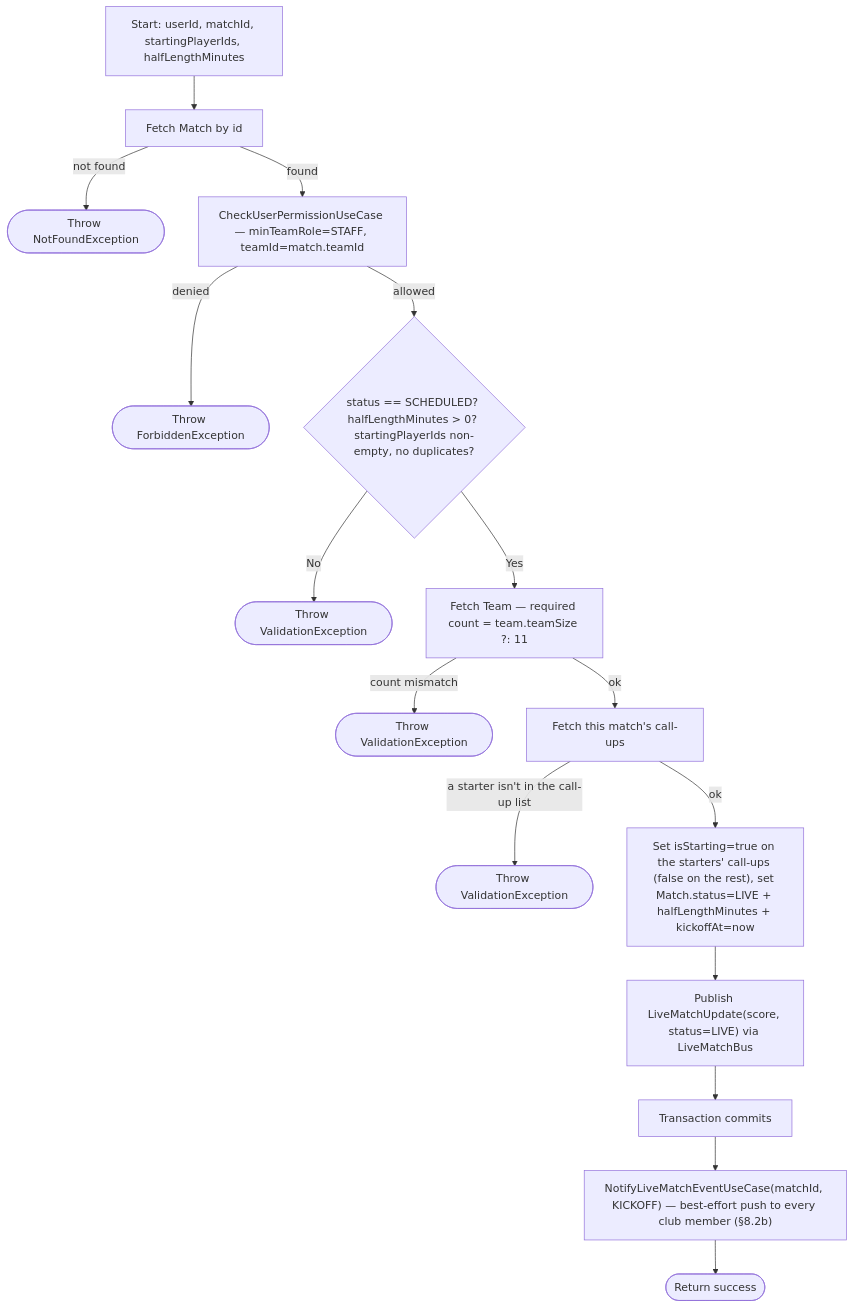
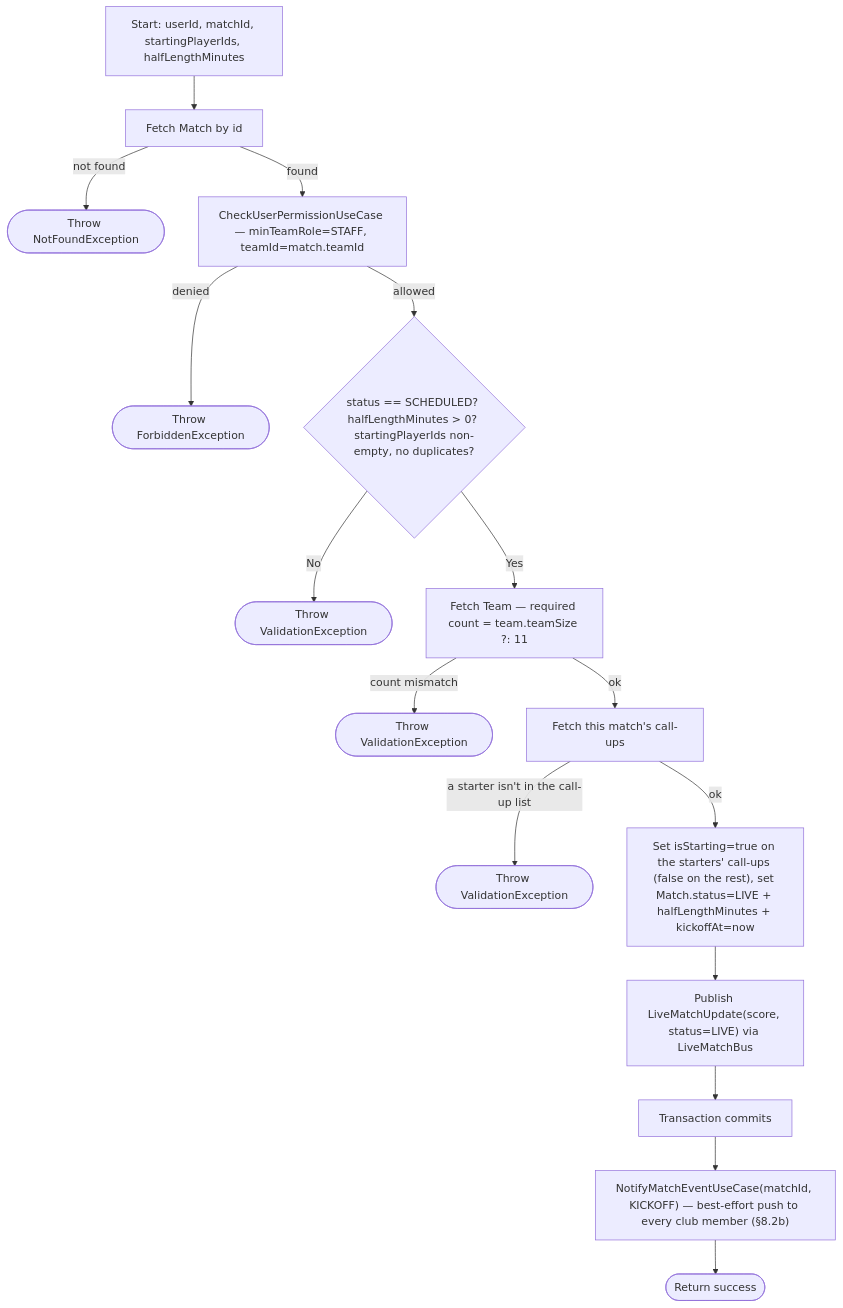
One commit to ricardofrango/squadify changed diagram 38 of 48 in PROCESS_FLOWS.md. Above: the diagram before and after it, drawn with Mermaid. The commit also changed other lines of this file and 19 other files, not shown here.

````diff
--- a/PROCESS_FLOWS.md
+++ b/PROCESS_FLOWS.md
@@ -804,18 +813,18 @@
 ```mermaid
 graph TD
     A[Start: userId, matchId, startingPlayerIds, halfLengthMinutes] --> B[Fetch Match by id]
     B -- not found --> N(["Throw NotFoundException"])
     B -- found --> C[CheckUserPermissionUseCase — minTeamRole=STAFF, teamId=match.teamId]
     C -- denied --> F(["Throw ForbiddenException"])
     C -- allowed --> D{"status == SCHEDULED? halfLengthMinutes > 0? startingPlayerIds non-empty, no duplicates?"}
     D -- No --> V1(["Throw ValidationException"])
     D -- Yes --> E[Fetch Team — required count = team.teamSize ?: 11]
     E -- count mismatch --> V2(["Throw ValidationException"])
     E -- ok --> G[Fetch this match's call-ups]
     G -- a starter isn't in the call-up list --> V3(["Throw ValidationException"])
     G -- ok --> H["Set isStarting=true on the starters' call-ups (false on the rest), set Match.status=LIVE + halfLengthMinutes + kickoffAt=now"]
     H --> I["Publish LiveMatchUpdate(score, status=LIVE) via LiveMatchBus"]
     I --> J["Transaction commits"]
-    J --> K["NotifyLiveMatchEventUseCase(matchId, KICKOFF) — best-effort push to every club member (§8.2b)"]
+    J --> K["NotifyMatchEventUseCase(matchId, KICKOFF) — best-effort push to every club member (§8.2b)"]
     K --> Z(["Return success"])
 ```
````
